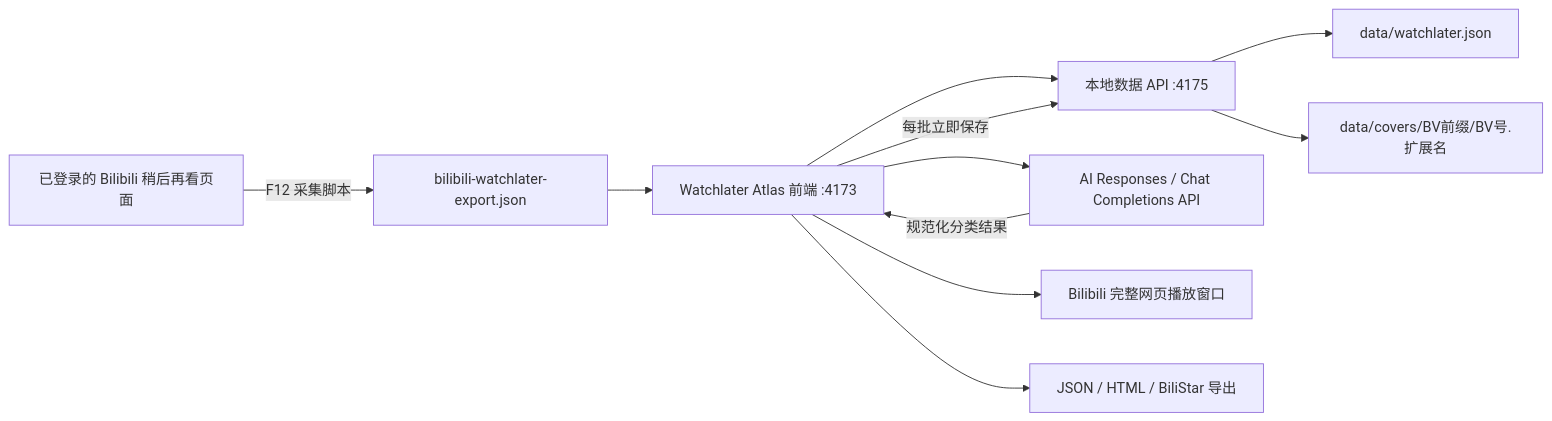
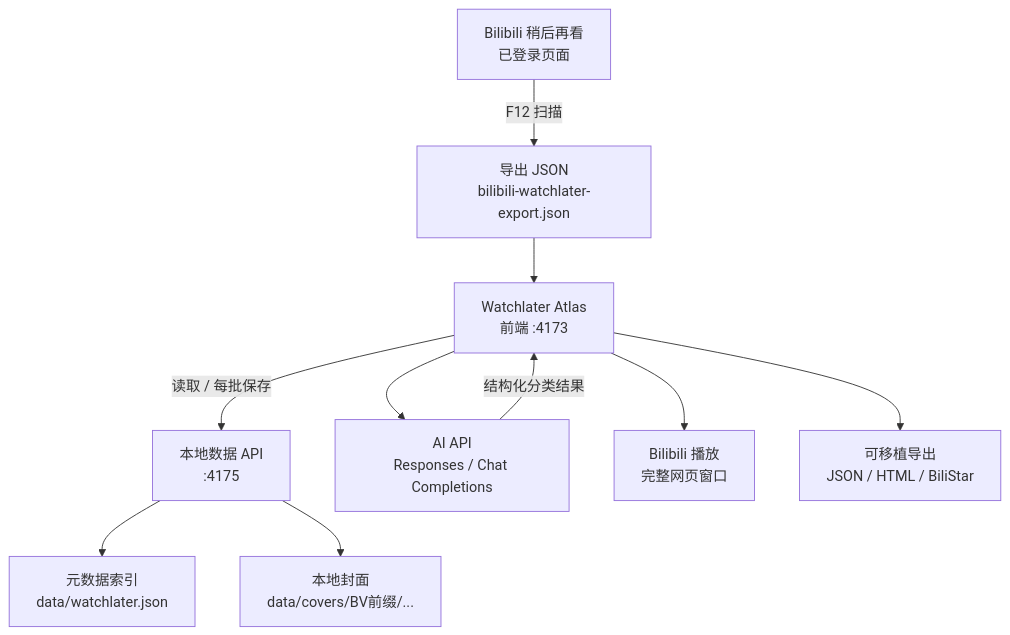
One commit to KanameMadoka520/_WatchLaterList changed the first of 2 diagrams in README.md. Above: the diagram before and after it, drawn with Mermaid. The commit also changed other lines of this file, not shown here.

Commit message:
fix README diagram wrapping

````diff
--- a/README.md
+++ b/README.md
@@ -37,13 +37,12 @@
 ```mermaid
-flowchart LR
-    A["已登录的 Bilibili 稍后再看页面"] -->|"F12 采集脚本"| B["bilibili-watchlater-export.json"]
-    B --> C["Watchlater Atlas 前端 :4173"]
-    C --> D["本地数据 API :4175"]
-    D --> E["data/watchlater.json"]
-    D --> F["data/covers/BV前缀/BV号.扩展名"]
-    C --> G["AI Responses / Chat Completions API"]
-    G -->|"规范化分类结果"| C
-    C -->|"每批立即保存"| D
-    C --> H["Bilibili 完整网页播放窗口"]
-    C --> I["JSON / HTML / BiliStar 导出"]
+flowchart TB
+    A["Bilibili 稍后再看<br/>已登录页面"] -->|"F12 扫描"| B["导出 JSON<br/>bilibili-watchlater-export.json"]
+    B --> C["Watchlater Atlas<br/>前端 :4173"]
+    C -->|"读取 / 每批保存"| D["本地数据 API<br/>:4175"]
+    D --> E["元数据索引<br/>data/watchlater.json"]
+    D --> F["本地封面<br/>data/covers/BV前缀/..."]
+    C --> G["AI API<br/>Responses / Chat Completions"]
+    G -->|"结构化分类结果"| C
+    C --> H["Bilibili 播放<br/>完整网页窗口"]
+    C --> I["可移植导出<br/>JSON / HTML / BiliStar"]
 ```
````
